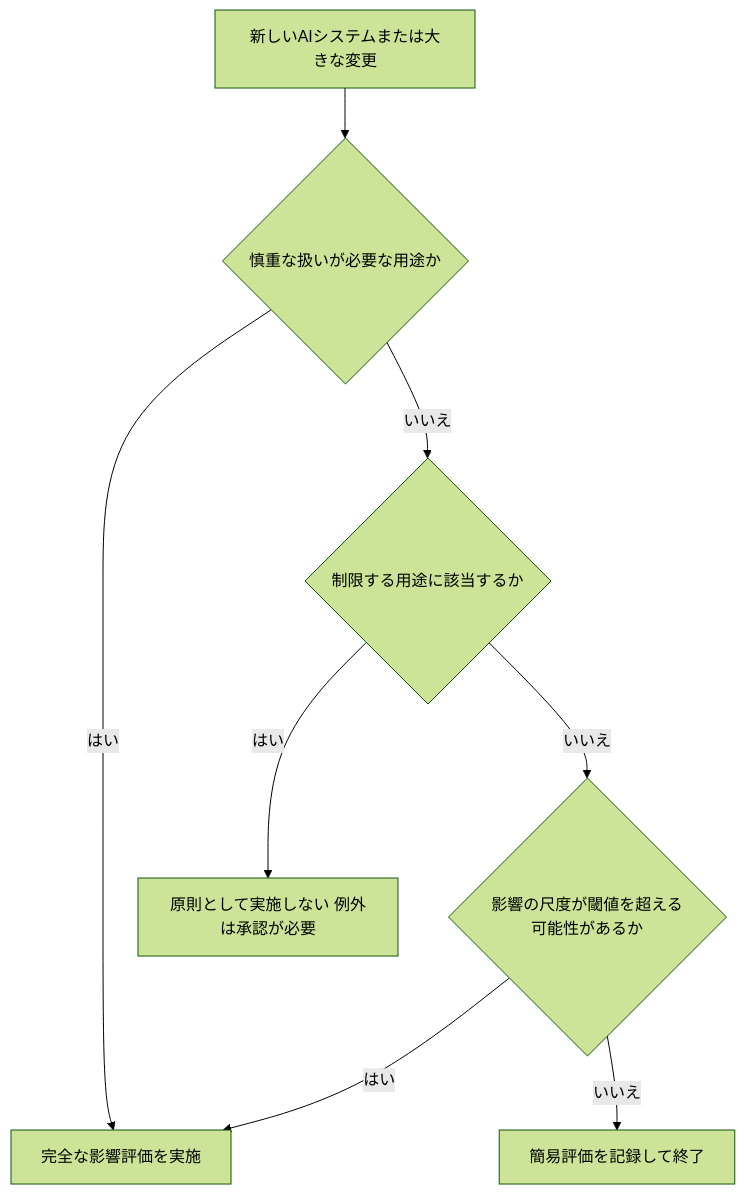
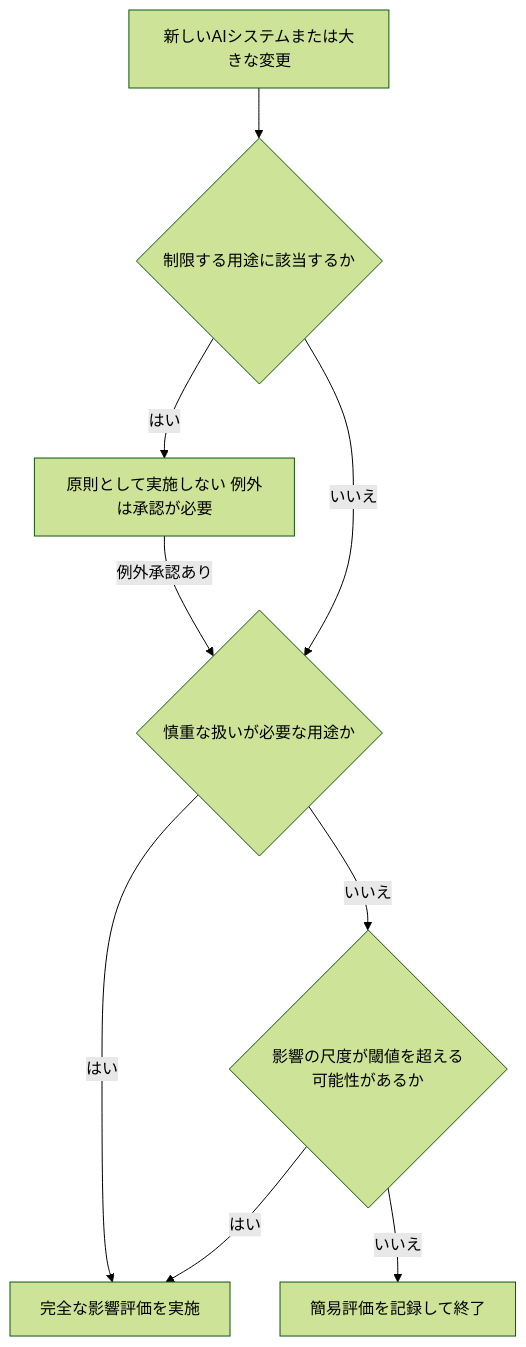
One commit to myoshi2891/Quality-Assurance-Studies changed the seventh of 12 diagrams in Iso-iec-42005-2025-beginner-guide.md. Above: the diagram before and after it, drawn with Mermaid (forest theme).

Commit message:
docs(iso-42005): update decision flow order for restricted use cases in impact assessment diagram

````diff
--- a/Iso-iec-42005-2025-beginner-guide.md
+++ b/Iso-iec-42005-2025-beginner-guide.md
@@ -425,10 +425,11 @@
 ```mermaid
 flowchart TD
-    Q1[新しいAIシステムまたは大きな変更] --> Q2{慎重な扱いが必要な用途か}
-    Q2 -->|はい| F1[完全な影響評価を実施]
-    Q2 -->|いいえ| Q3{制限する用途に該当するか}
-    Q3 -->|はい| F2[原則として実施しない 例外は承認が必要]
+    Q1[新しいAIシステムまたは大きな変更] --> Q2{制限する用途に該当するか}
+    Q2 -->|はい| F2[原則として実施しない 例外は承認が必要]
+    F2 -->|例外承認あり| Q3{慎重な扱いが必要な用途か}
+    Q2 -->|いいえ| Q3
+    Q3 -->|はい| F1[完全な影響評価を実施]
     Q3 -->|いいえ| Q4{影響の尺度が閾値を超える可能性があるか}
     Q4 -->|はい| F1
     Q4 -->|いいえ| F3[簡易評価を記録して終了]
 ```
````
